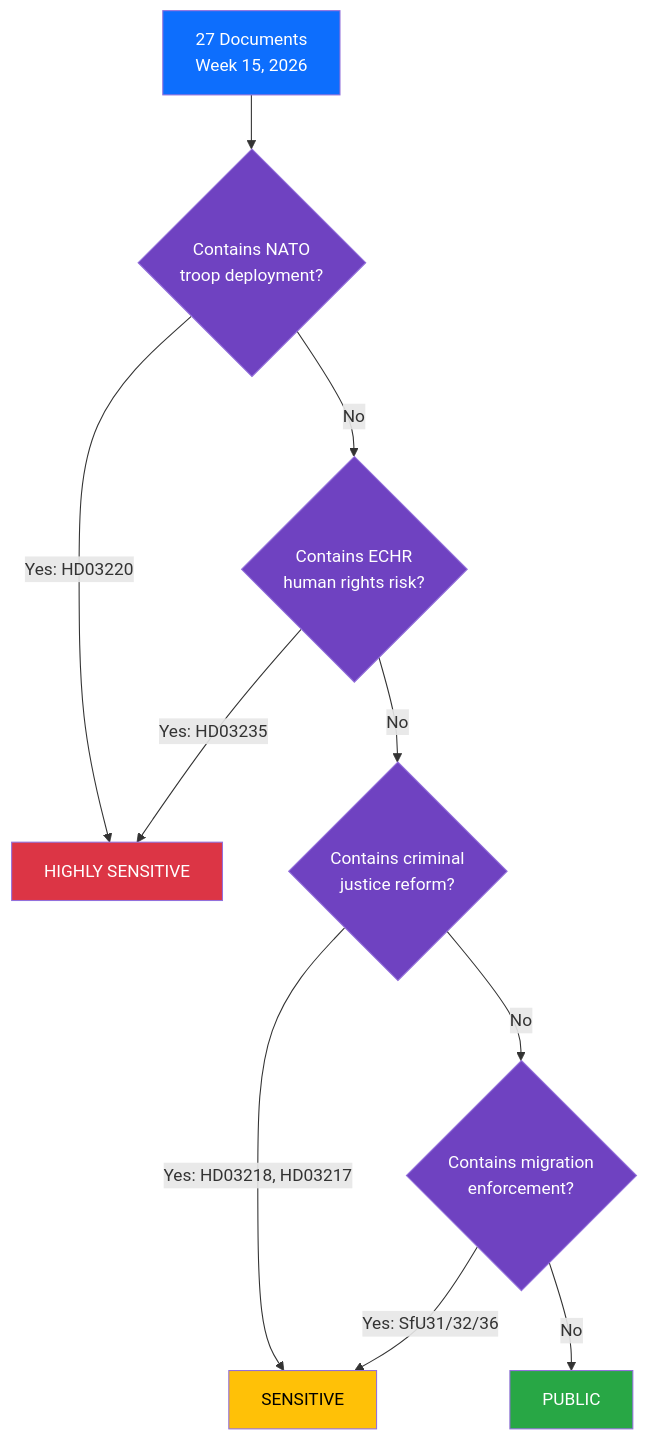
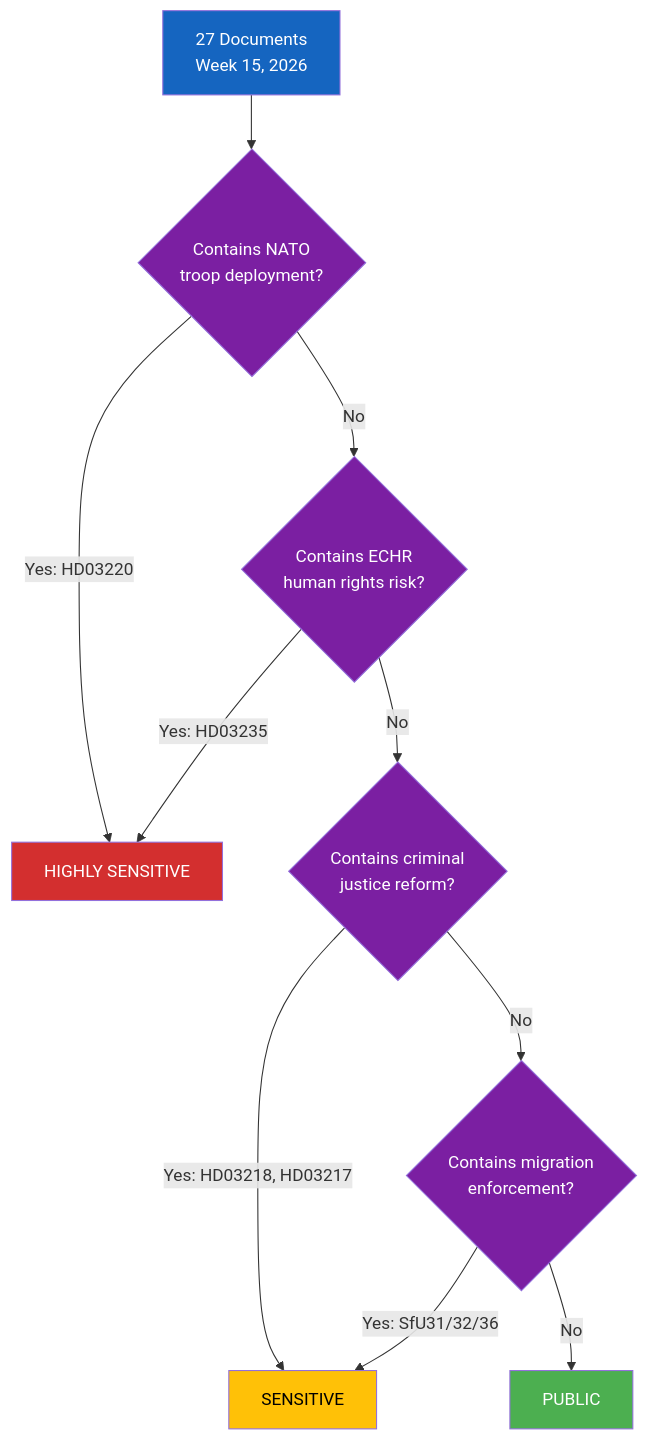
The diagram in analysis/daily/2026-04-11/evening-analysis/classification-results.md (Hack23/riksdagsmonitor), drawn with Mermaid before and after one commit. The commit also changed 785 other files, not shown here.

First line of the commit message:
Normalize mermaid colors across 786 analysis artifacts to ISMS Style Guide palette

````diff
--- a/analysis/daily/2026-04-11/evening-analysis/classification-results.md
+++ b/analysis/daily/2026-04-11/evening-analysis/classification-results.md
@@ -17,21 +17,21 @@
 ```mermaid
 graph TD
     START["27 Documents<br/>Week 15, 2026"] --> Q1{"Contains NATO<br/>troop deployment?"}
     Q1 -->|"Yes: HD03220"| HS["HIGHLY SENSITIVE"]
     Q1 -->|"No"| Q2{"Contains ECHR<br/>human rights risk?"}
     Q2 -->|"Yes: HD03235"| HS
     Q2 -->|"No"| Q3{"Contains criminal<br/>justice reform?"}
     Q3 -->|"Yes: HD03218, HD03217"| SEN["SENSITIVE"]
     Q3 -->|"No"| Q4{"Contains migration<br/>enforcement?"}
     Q4 -->|"Yes: SfU31/32/36"| SEN
     Q4 -->|"No"| PUB["PUBLIC"]
 
-    style START fill:#0d6efd,color:#fff
-    style HS fill:#dc3545,color:#fff
-    style SEN fill:#ffc107,color:#000
-    style PUB fill:#28a745,color:#fff
-    style Q1 fill:#6f42c1,color:#fff
-    style Q2 fill:#6f42c1,color:#fff
-    style Q3 fill:#6f42c1,color:#fff
-    style Q4 fill:#6f42c1,color:#fff
+    style START fill:#1565C0,color:#FFFFFF
+    style HS fill:#D32F2F,color:#FFFFFF
+    style SEN fill:#FFC107,color:#000000
+    style PUB fill:#4CAF50,color:#FFFFFF
+    style Q1 fill:#7B1FA2,color:#FFFFFF
+    style Q2 fill:#7B1FA2,color:#FFFFFF
+    style Q3 fill:#7B1FA2,color:#FFFFFF
+    style Q4 fill:#7B1FA2,color:#FFFFFF
 ```
````
